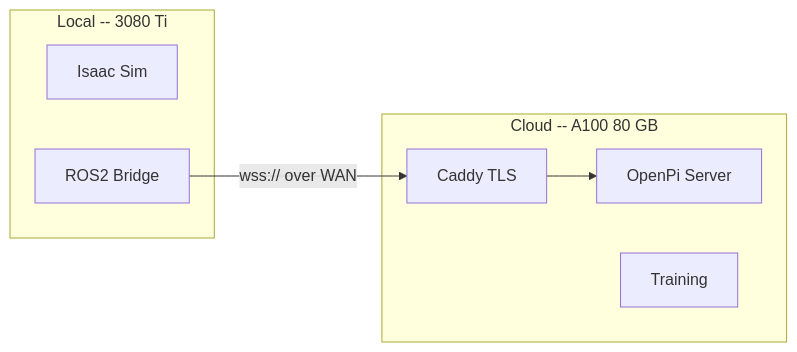
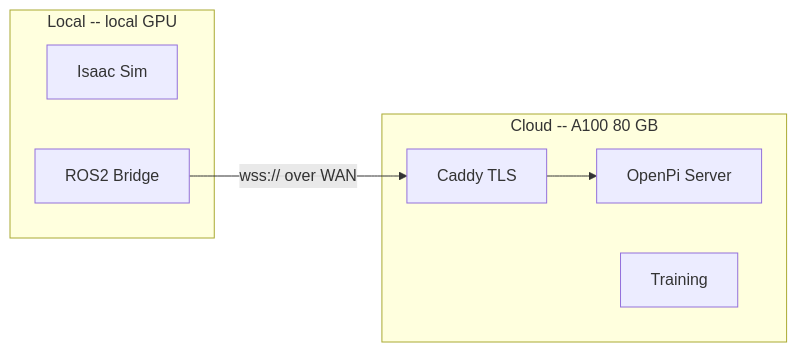
Before and after one commit to Jbruslind/soarm101-isaac: the third of 5 diagrams in docs/ARCHITECTURE.md, drawn with Mermaid. The commit also changed other lines of this file and 20 other files, not shown here.

````diff
--- a/docs/ARCHITECTURE.md
+++ b/docs/ARCHITECTURE.md
@@ -76,14 +76,14 @@
 ```mermaid
 graph LR
-    subgraph local ["Local  --  3080 Ti"]
+    subgraph local ["Local  --  local GPU"]
         IS2["Isaac Sim"]
         R22["ROS2 Bridge"]
     end
     subgraph cloud ["Cloud  --  A100 80 GB"]
         OP2["OpenPi Server"]
         CA["Caddy TLS"]
         TR2["Training"]
     end
     R22 -- "wss:// over WAN" --> CA
     CA --> OP2
 ```
````
